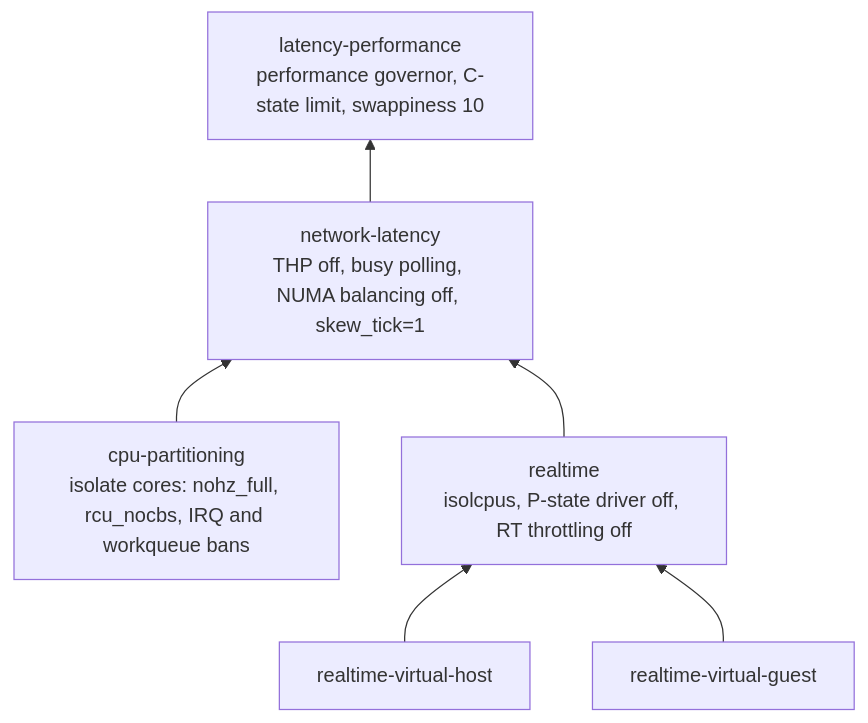
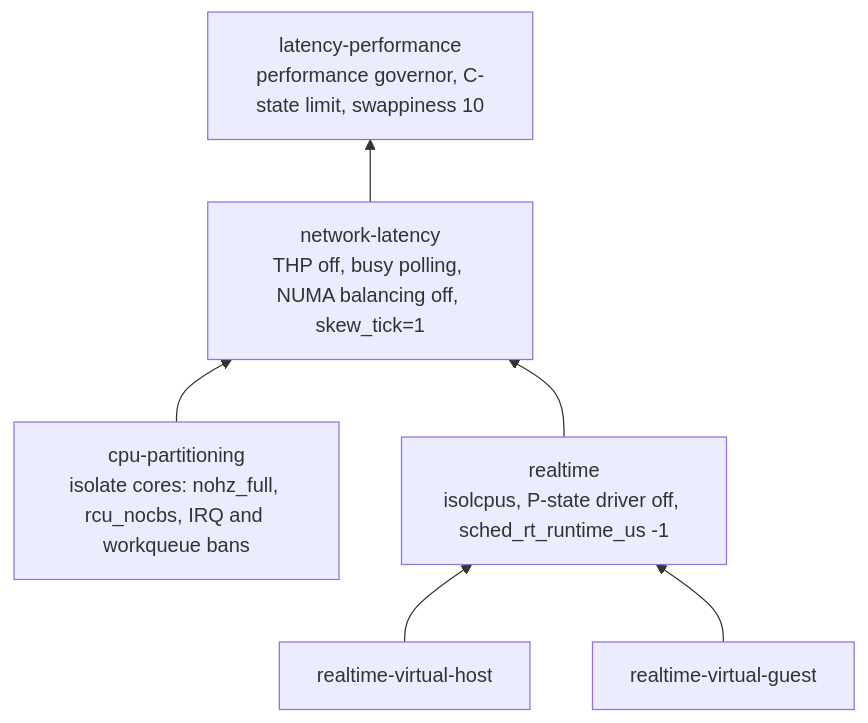
One commit to ssimpson89/LinuxTrainingCourse changed the fourth of 5 diagrams in content/37-real-time-and-low-latency.md. Above: the diagram before and after it, drawn with Mermaid. The commit also changed other lines of this file and 2 other files, not shown here.

````diff
--- a/content/37-real-time-and-low-latency.md
+++ b/content/37-real-time-and-low-latency.md
@@ -283,9 +285,9 @@
 ```mermaid
 flowchart BT
     LP["latency-performance<br/>performance governor, C-state limit, swappiness 10"]
     NL["network-latency<br/>THP off, busy polling, NUMA balancing off, skew_tick=1"] --> LP
     CP["cpu-partitioning<br/>isolate cores: nohz_full, rcu_nocbs, IRQ and workqueue bans"] --> NL
-    RT["realtime<br/>isolcpus, P-state driver off, RT throttling off"] --> NL
+    RT["realtime<br/>isolcpus, P-state driver off, sched_rt_runtime_us -1"] --> NL
     RVH["realtime-virtual-host"] --> RT
     RVG["realtime-virtual-guest"] --> RT
 ```
````
